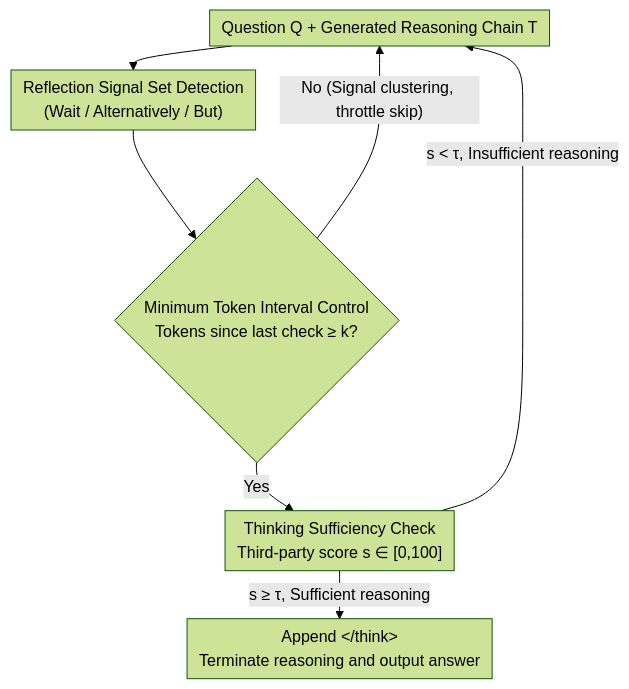
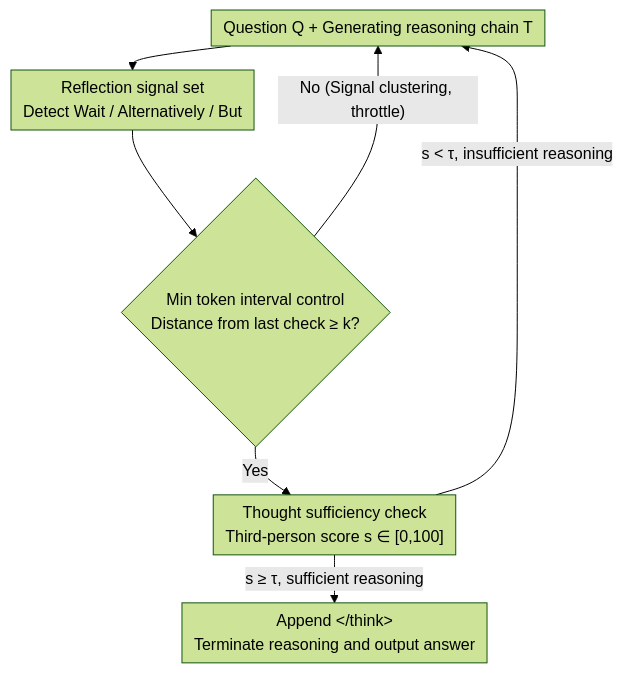
One commit to zhaoyang97/Paper-Notes-en changed the diagram in docs/ACL2026/llm_reasoning/when_is_thinking_enough_early_exit_via_sufficiency_assessment_for_efficient_reas.md. Above: the diagram before and after it, drawn with Mermaid (forest theme). The commit also changed other lines of this file and 5084 other files, not shown here.

````diff
--- a/docs/ACL2026/llm_reasoning/when_is_thinking_enough_early_exit_via_sufficiency_assessment_for_efficient_reas.md
+++ b/docs/ACL2026/llm_reasoning/when_is_thinking_enough_early_exit_via_sufficiency_assessment_for_efficient_reas.md
@@ -44,10 +44,10 @@
 ```mermaid
 %%{init: {'flowchart': {'rankSpacing': 24, 'nodeSpacing': 28, 'padding': 6, 'wrappingWidth': 400}}}%%
 flowchart TD
-    A["Question Q + Generated Reasoning Chain T"] --> B["Reflection Signal Set Detection<br/>(Wait / Alternatively / But)"]
-    B --> C{"Minimum Token Interval Control<br/>Tokens since last check ≥ k?"}
-    C -->|"No (Signal clustering, throttle skip)"| A
-    C -->|"Yes"| D["Thinking Sufficiency Check<br/>Third-party score s ∈ [0,100]"]
-    D -->|"s < τ, Insufficient reasoning"| A
-    D -->|"s ≥ τ, Sufficient reasoning"| E["Append &lt;/think&gt;<br/>Terminate reasoning and output answer"]
+    A["Question Q + Generating reasoning chain T"] --> B["Reflection signal set<br/>Detect Wait / Alternatively / But"]
+    B --> C{"Min token interval control<br/>Distance from last check ≥ k?"}
+    C -->|"No (Signal clustering, throttle)"| A
+    C -->|"Yes"| D["Thought sufficiency check<br/>Third-person score s ∈ [0,100]"]
+    D -->|"s < τ, insufficient reasoning"| A
+    D -->|"s ≥ τ, sufficient reasoning"| E["Append &lt;/think&gt;<br/>Terminate reasoning and output answer"]
 ```
````
